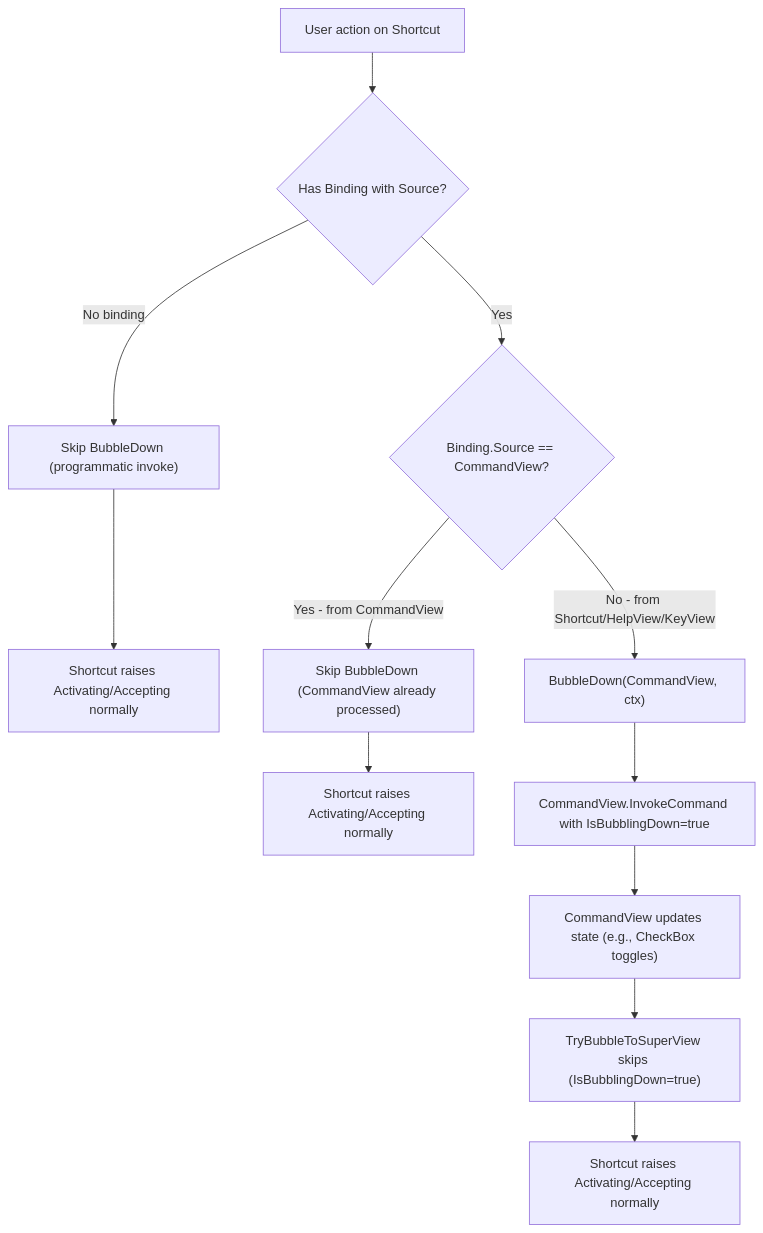
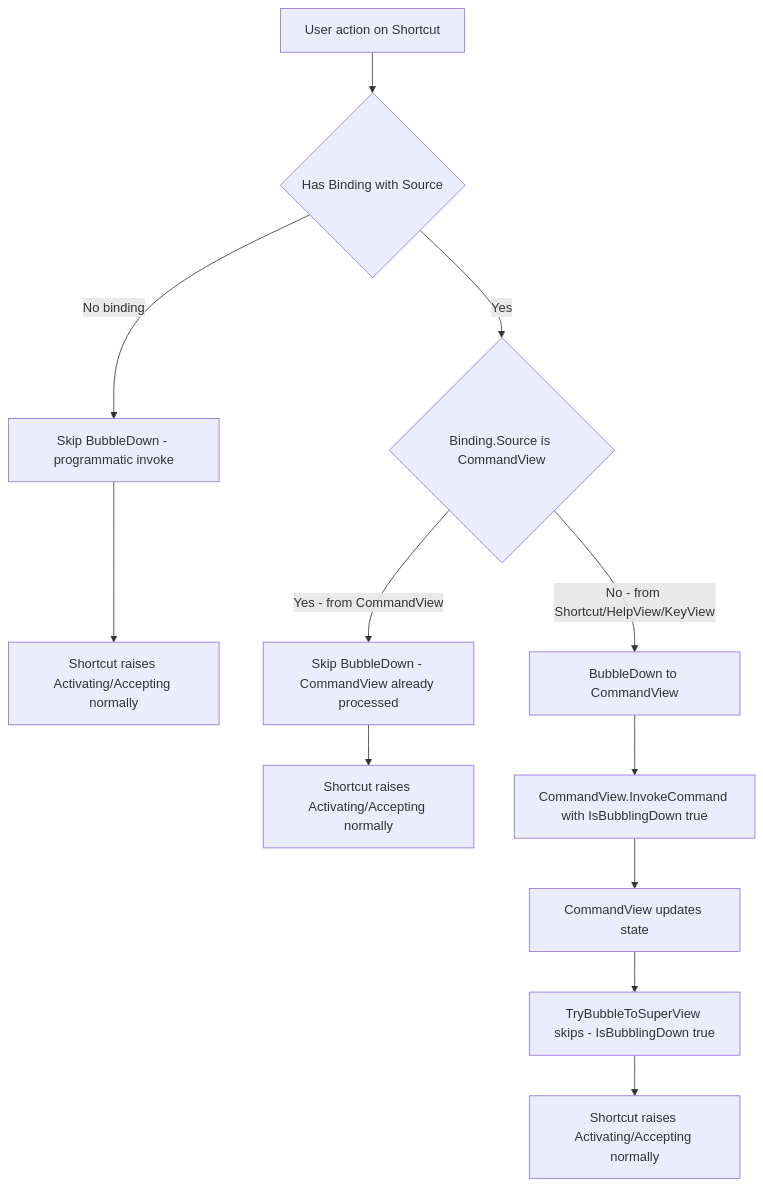
One commit to gui-cs/Terminal.Gui changed the fourth of 4 diagrams in docfx/docs/command.md. Above: the diagram before and after it, drawn with Mermaid. The commit also changed other lines of this file and 7 other files, not shown here.

First line of the commit message:
Fix OptionSelector/FlagSelector HotKey command handling

````diff
--- a/docfx/docs/command.md
+++ b/docfx/docs/command.md
@@ -469,18 +469,18 @@
 ```mermaid
 flowchart TD
-    input["User action on Shortcut"] --> check_binding{"Has Binding with Source?"}
+    input[User action on Shortcut] --> check_binding{Has Binding with Source}
 
-    check_binding --> |No binding| skip["Skip BubbleDown (programmatic invoke)"]
-    skip --> raise_events1["Shortcut raises Activating/Accepting normally"]
+    check_binding --> |No binding| skip[Skip BubbleDown - programmatic invoke]
+    skip --> raise_events1[Shortcut raises Activating/Accepting normally]
 
-    check_binding --> |Yes| check_source{"Binding.Source == CommandView?"}
+    check_binding --> |Yes| check_source{Binding.Source is CommandView}
 
-    check_source --> |Yes - from CommandView| skip2["Skip BubbleDown (CommandView already processed)"]
-    skip2 --> raise_events2["Shortcut raises Activating/Accepting normally"]
+    check_source --> |Yes - from CommandView| skip2[Skip BubbleDown - CommandView already processed]
+    skip2 --> raise_events2[Shortcut raises Activating/Accepting normally]
 
-    check_source --> |No - from Shortcut/HelpView/KeyView| bubble["BubbleDown(CommandView, ctx)"]
-    bubble --> invoke["CommandView.InvokeCommand with IsBubblingDown=true"]
-    invoke --> cv_update["CommandView updates state (e.g., CheckBox toggles)"]
-    cv_update --> no_rebubble["TryBubbleToSuperView skips (IsBubblingDown=true)"]
-    no_rebubble --> raise_events3["Shortcut raises Activating/Accepting normally"]
+    check_source --> |No - from Shortcut/HelpView/KeyView| bubble[BubbleDown to CommandView]
+    bubble --> invoke[CommandView.InvokeCommand with IsBubblingDown true]
+    invoke --> cv_update[CommandView updates state]
+    cv_update --> no_rebubble[TryBubbleToSuperView skips - IsBubblingDown true]
+    no_rebubble --> raise_events3[Shortcut raises Activating/Accepting normally]
 ```
````
